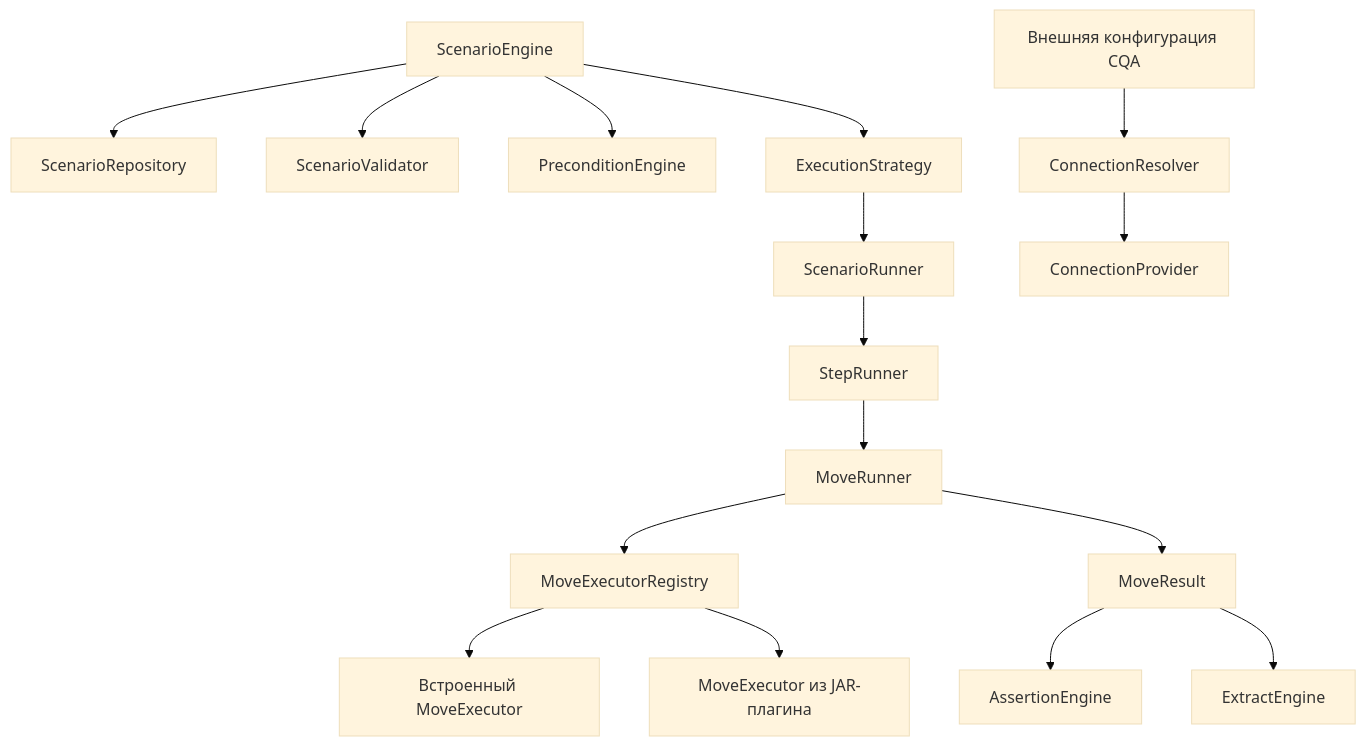
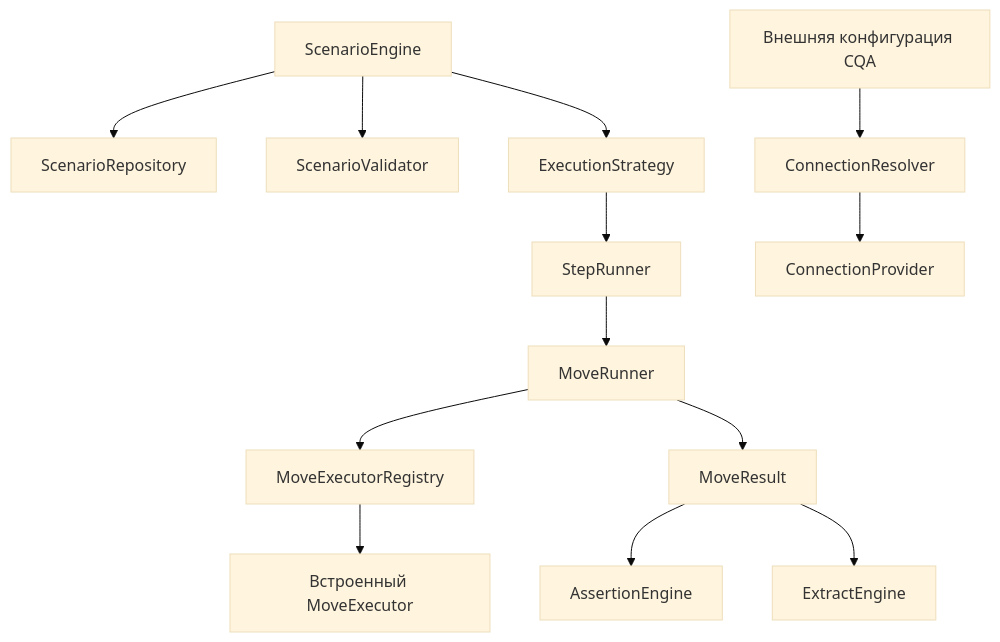
One commit to bars9288/finteh.goldenqa changed the diagram in cqa-scenario-engine/ARCHITECTURE.md. Above: the diagram before and after it, drawn with Mermaid (base theme). The commit also changed other lines of this file and 104 other files, not shown here.

````diff
--- a/cqa-scenario-engine/ARCHITECTURE.md
+++ b/cqa-scenario-engine/ARCHITECTURE.md
@@ -31,18 +31,15 @@
 ```mermaid
 flowchart TD
     Engine[ScenarioEngine] --> Repo[ScenarioRepository]
     Engine --> Validator[ScenarioValidator]
-    Engine --> Pre[PreconditionEngine]
     Engine --> Strategy[ExecutionStrategy]
-    Strategy --> ScenarioRunner[ScenarioRunner]
-    ScenarioRunner --> StepRunner[StepRunner]
+    Strategy --> StepRunner[StepRunner]
     StepRunner --> MoveRunner[MoveRunner]
     MoveRunner --> Registry[MoveExecutorRegistry]
     Registry --> Builtin[Встроенный MoveExecutor]
-    Registry --> Plugin[MoveExecutor из JAR-плагина]
     MoveRunner --> Result[MoveResult]
     Result --> Assert[AssertionEngine]
     Result --> Extract[ExtractEngine]
     Connections[Внешняя конфигурация CQA] --> Resolver[ConnectionResolver]
     Resolver --> Providers[ConnectionProvider]
 ```
````
